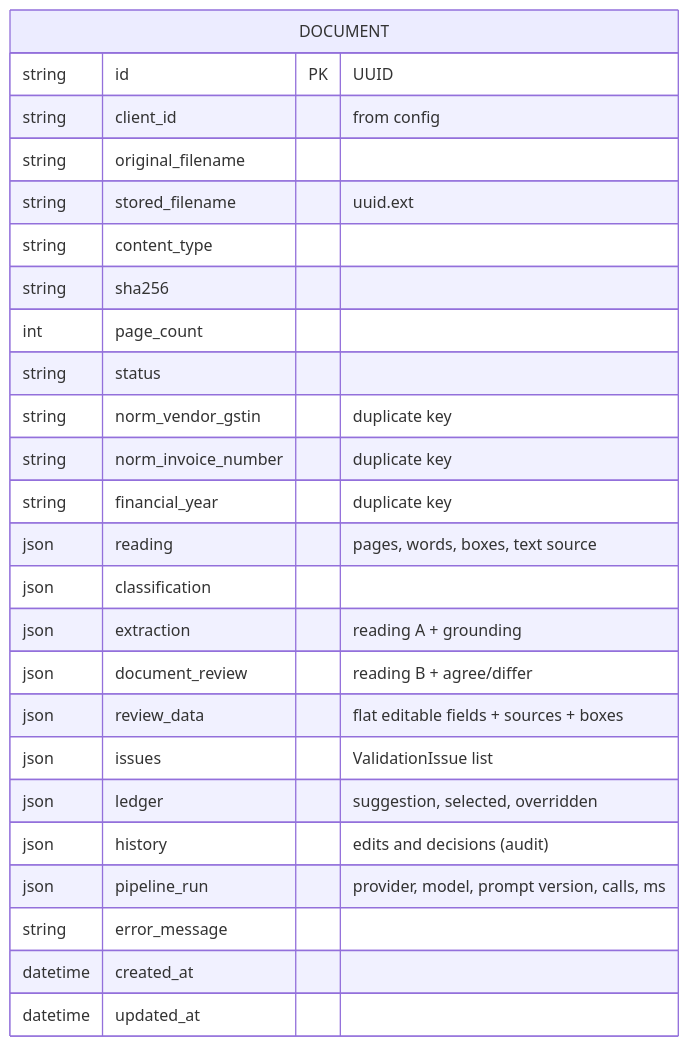
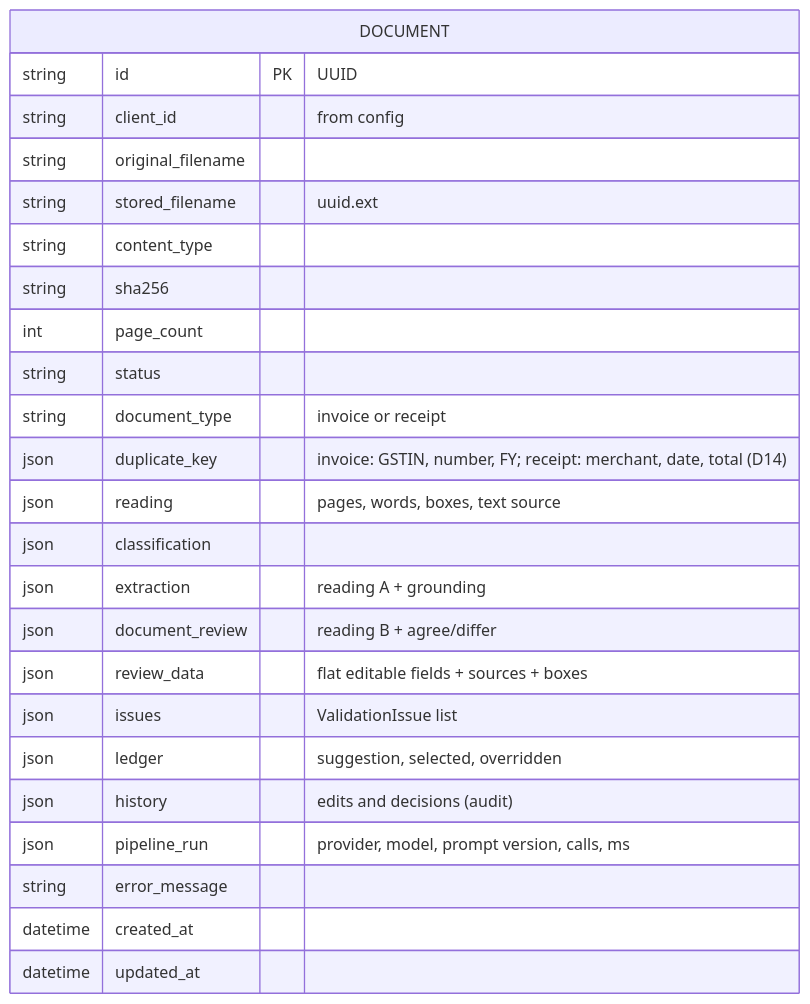
Before and after one commit to indiragothi/invoice-review: the seventh of 7 diagrams in docs/architecture.md, drawn with Mermaid. The commit also changed 13 other files, not shown here.

````diff
--- a/docs/architecture.md
+++ b/docs/architecture.md
@@ -207,28 +207,27 @@
 ```mermaid
 erDiagram
     DOCUMENT {
         string id PK "UUID"
         string client_id "from config"
         string original_filename
         string stored_filename "uuid.ext"
         string content_type
         string sha256
         int page_count
         string status
-        string norm_vendor_gstin "duplicate key"
-        string norm_invoice_number "duplicate key"
-        string financial_year "duplicate key"
+        string document_type "invoice or receipt"
+        json duplicate_key "invoice: GSTIN, number, FY; receipt: merchant, date, total (D14)"
         json reading "pages, words, boxes, text source"
         json classification
         json extraction "reading A + grounding"
         json document_review "reading B + agree/differ"
         json review_data "flat editable fields + sources + boxes"
         json issues "ValidationIssue list"
         json ledger "suggestion, selected, overridden"
         json history "edits and decisions (audit)"
         json pipeline_run "provider, model, prompt version, calls, ms"
         string error_message
         datetime created_at
         datetime updated_at
     }
 ```
````
